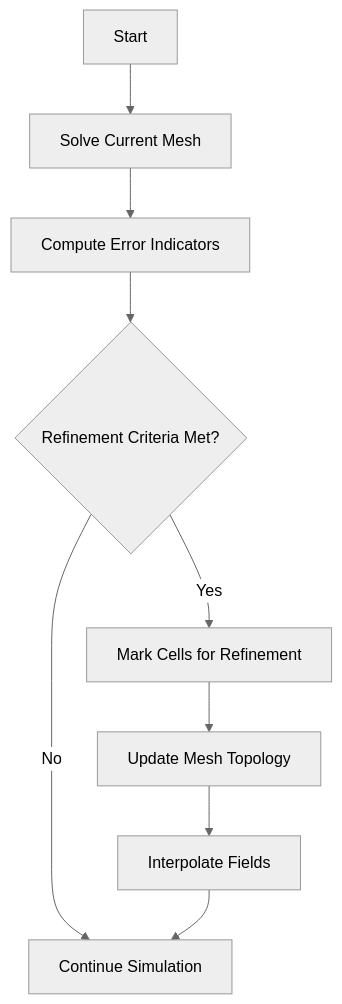
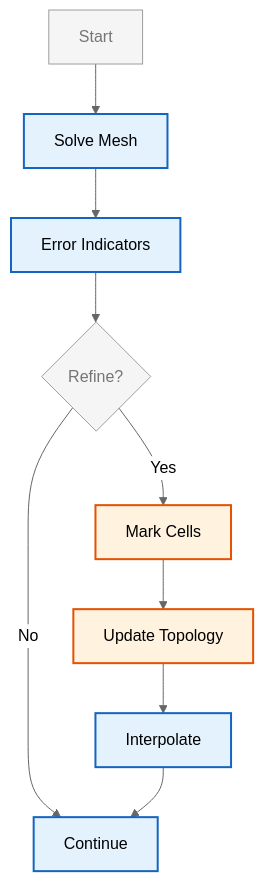
The first of 3 diagrams in MODULE_03_SINGLE_PHASE_FLOW/CONTENT/07_ADVANCED_TOPICS/03_Numerical_Methods.md (wramet/build-my-cfd), drawn with Mermaid (neutral theme) before and after one commit. The commit also changed other lines of this file and 313 other files, not shown here.

Commit message:
Revise all diagram

````diff
--- a/MODULE_03_SINGLE_PHASE_FLOW/CONTENT/07_ADVANCED_TOPICS/03_Numerical_Methods.md
+++ b/MODULE_03_SINGLE_PHASE_FLOW/CONTENT/07_ADVANCED_TOPICS/03_Numerical_Methods.md
@@ -19,11 +19,16 @@
 ```mermaid
 flowchart TD
-    A[Start] --> B[Solve Current Mesh]
-    B --> C[Compute Error Indicators]
-    C --> D{Refinement Criteria Met?}
-    D -->|Yes| E[Mark Cells for Refinement]
-    D -->|No| F[Continue Simulation]
-    E --> G[Update Mesh Topology]
-    G --> H[Interpolate Fields]
-    H --> F
+%% Classes
+classDef explicit fill:#fff3e0,stroke:#e65100,stroke-width:2px;
+classDef implicit fill:#e3f2fd,stroke:#1565c0,stroke-width:2px;
+classDef context fill:#f5f5f5,stroke:#9e9e9e,stroke-width:1px,color:#757575;
+%% Nodes
+A[Start]:::context --> B[Solve Mesh]:::implicit
+B --> C[Error Indicators]:::implicit
+C --> D{Refine?}:::context
+D -->|Yes| E[Mark Cells]:::explicit
+D -->|No| F[Continue]:::implicit
+E --> G[Update Topology]:::explicit
+G --> H[Interpolate]:::implicit
+H --> F
 ```
````
